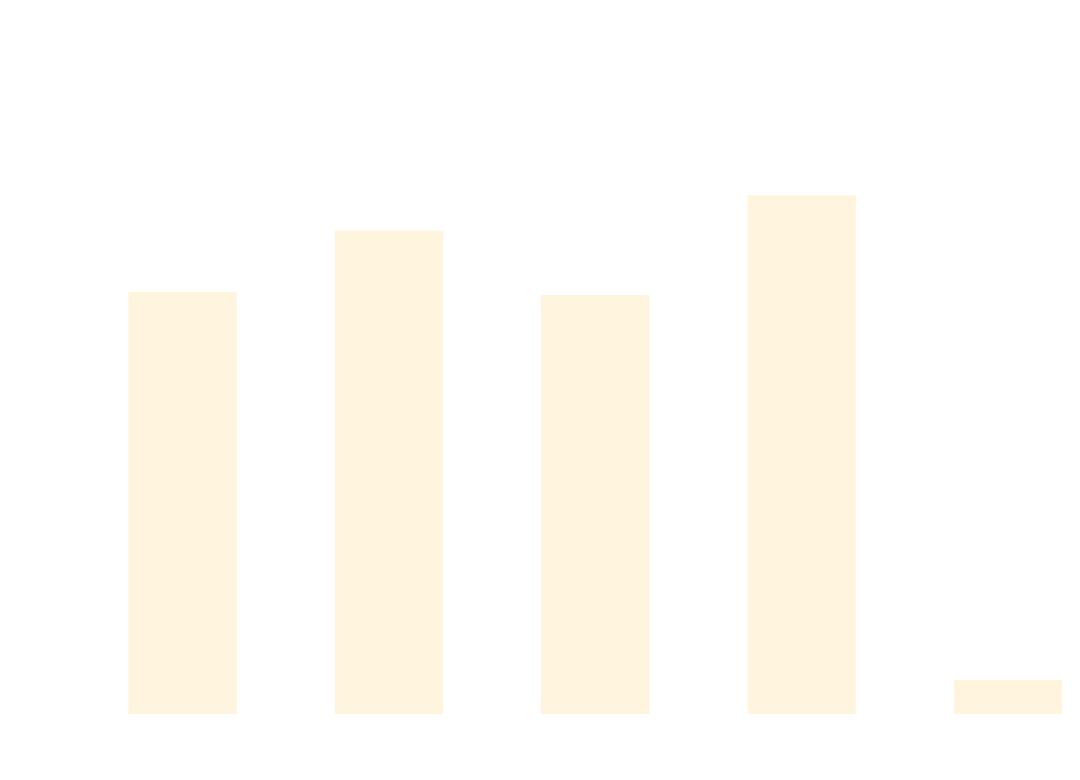
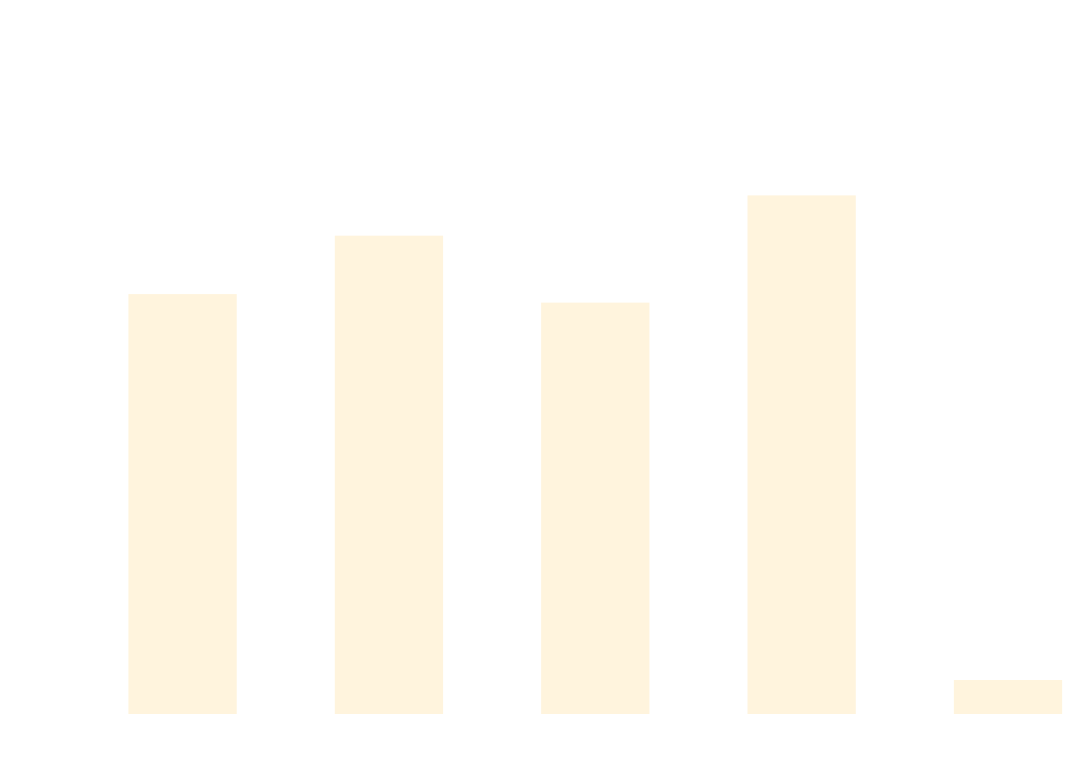
The diagram in docs/docs/benchmarks/DataDrivenTests.md (thomhurst/TUnit), drawn with Mermaid before and after one commit. The commit also changed other lines of this file and 17 other files, not shown here.

````diff
--- a/docs/docs/benchmarks/DataDrivenTests.md
+++ b/docs/docs/benchmarks/DataDrivenTests.md
@@ -27,37 +27,37 @@
 ```mermaid
 %%{init: {
   'theme':'base',
   'themeVariables': {
     'primaryColor': '#2563eb',
     'primaryTextColor': '#ffffff',
     'primaryBorderColor': '#1e40af',
     'lineColor': '#6b7280',
     'secondaryColor': '#7c3aed',
     'tertiaryColor': '#dc2626',
     'background': '#ffffff',
     'mainBkg': '#2563eb',
     'secondBkg': '#7c3aed',
     'tertiaryBkg': '#dc2626',
     'clusterBkg': '#f3f4f6',
     'edgeLabelBackground': '#ffffff',
     'tertiaryTextColor': '#1f2937',
     'pie1': '#2563eb',
     'pie2': '#7c3aed',
     'pie3': '#dc2626',
     'pie4': '#f59e0b',
     'pie5': '#10b981',
     'pie6': '#06b6d4',
     'pie7': '#ec4899',
     'pie8': '#6366f1',
     'pie9': '#84cc16',
     'pie10': '#f97316',
     'pie11': '#14b8a6',
     'pie12': '#a855f7'
   }
 }}%%
 xychart-beta
   title "DataDrivenTests Performance Comparison"
   x-axis ["TUnit", "NUnit", "MSTest", "xUnit3", "TUnit_AOT"]
-  y-axis "Time (ms)" 0 --> 712
-  bar [479.59, 551.45, 476.23, 593.07, 25.03]
+  y-axis "Time (ms)" 0 --> 698
+  bar [467.81, 534.94, 458.02, 581.22, 24.42]
 ```
````
